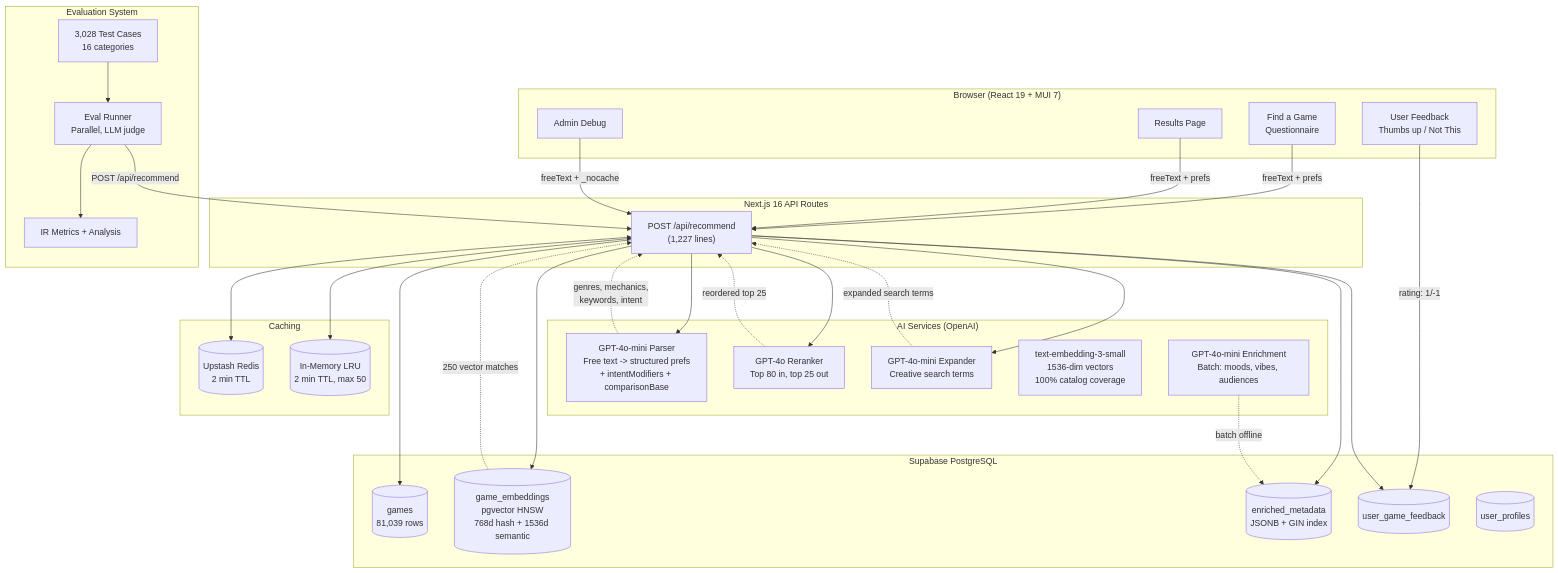
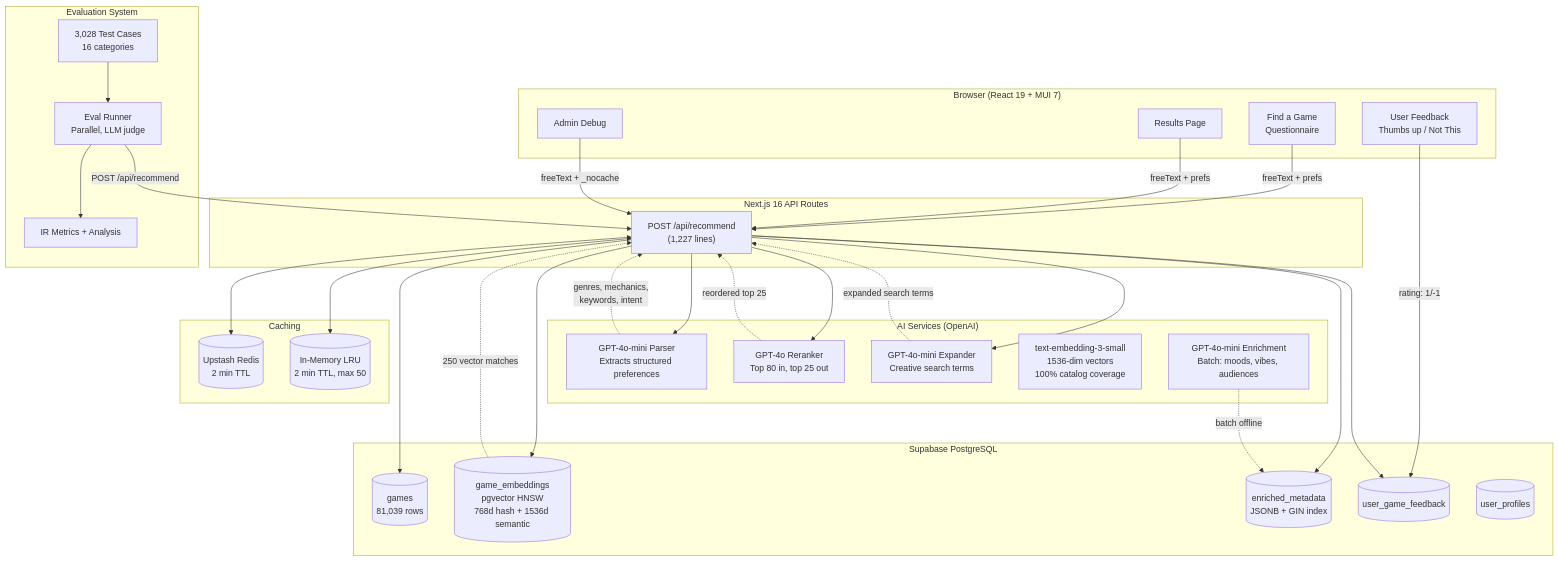
Before and after one commit to stopitdan/recommendagame: the first of 7 diagrams in docs/ARCHITECTURE.md, drawn with Mermaid. The commit also changed 2 other files, not shown here.

Commit message:
Fix remaining mermaid issues: arrows and double-dashes in node text
HackMD treats -> and -- inside mermaid node strings as markdown syntax.
Replaced all -> with 'to' and -- with ':' in node labels across all 3 docs.

````diff
--- a/docs/ARCHITECTURE.md
+++ b/docs/ARCHITECTURE.md
@@ -11,66 +11,66 @@
 ```mermaid
 graph TB
     subgraph Client["Browser (React 19 + MUI 7)"]
         QF["Find a Game<br/>Questionnaire"]
         RV["Results Page"]
         FB["User Feedback<br/>Thumbs up / Not This"]
         AD["Admin Debug"]
     end
 
     subgraph API["Next.js 16 API Routes"]
         REC["POST /api/recommend<br/>(1,227 lines)"]
     end
 
     subgraph AI["AI Services (OpenAI)"]
-        LLM_PARSE["GPT-4o-mini Parser<br/>Free text -> structured prefs<br/>+ intentModifiers + comparisonBase"]
+        LLM_PARSE["GPT-4o-mini Parser<br/>Extracts structured preferences"]
         LLM_RERANK["GPT-4o Reranker<br/>Top 80 in, top 25 out"]
         LLM_EXPAND["GPT-4o-mini Expander<br/>Creative search terms"]
         EMBED["text-embedding-3-small<br/>1536-dim vectors<br/>100% catalog coverage"]
         LLM_ENRICH["GPT-4o-mini Enrichment<br/>Batch: moods, vibes, audiences"]
     end
 
     subgraph DB["Supabase PostgreSQL"]
         GAMES[("games<br/>81,039 rows")]
         EMBED_TBL[("game_embeddings<br/>pgvector HNSW<br/>768d hash + 1536d semantic")]
         META[("enriched_metadata<br/>JSONB + GIN index")]
         FEEDBACK[("user_game_feedback")]
         PROFILES[("user_profiles")]
     end
 
     subgraph Cache["Caching"]
         REDIS[("Upstash Redis<br/>2 min TTL")]
         MEM[("In-Memory LRU<br/>2 min TTL, max 50")]
     end
 
     subgraph Eval["Evaluation System"]
         CASES["3,028 Test Cases<br/>16 categories"]
         RUNNER["Eval Runner<br/>Parallel, LLM judge"]
         METRICS["IR Metrics + Analysis"]
     end
 
     QF -->|"freeText + prefs"| REC
     RV -->|"freeText + prefs"| REC
     FB -->|"rating: 1/-1"| FEEDBACK
     AD -->|"freeText + _nocache"| REC
 
     REC --> LLM_PARSE
     REC --> LLM_EXPAND
     REC --> LLM_RERANK
     REC --> EMBED_TBL
     REC --> GAMES
     REC --> META
     REC --> FEEDBACK
 
     LLM_PARSE -.->|"genres, mechanics,<br/>keywords, intent"| REC
     LLM_EXPAND -.->|"expanded search terms"| REC
     LLM_RERANK -.->|"reordered top 25"| REC
     EMBED_TBL -.->|"250 vector matches"| REC
     LLM_ENRICH -.->|"batch offline"| META
 
     REC <--> MEM
     REC <--> REDIS
 
     CASES --> RUNNER
     RUNNER -->|"POST /api/recommend"| REC
     RUNNER --> METRICS
 ```
````
